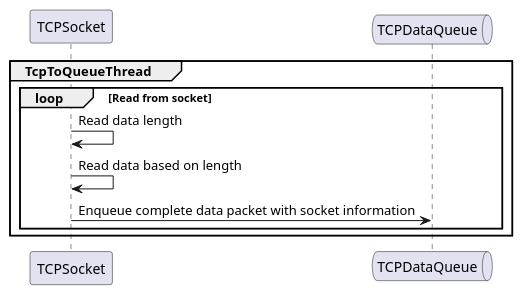
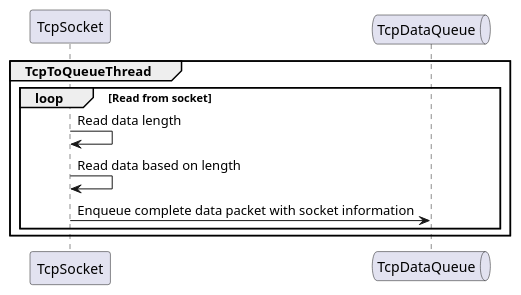
One commit to xiguichen/tcpudp changed the second of 6 diagrams in doc/server.md. Above: the diagram before and after it, drawn with PlantUML. The commit also changed other lines of this file and 17 other files, not shown here.

```diff
--- a/doc/server.md
+++ b/doc/server.md
@@ -37,14 +37,14 @@
 @startuml
 
-participant TCPSocket
-queue TCPDataQueue
+participant TcpSocket
+queue TcpDataQueue
 
 group TcpToQueueThread
     loop Read from socket
-        TCPSocket -> TCPSocket: Read data length
-        TCPSocket -> TCPSocket: Read data based on length
-        TCPSocket -> TCPDataQueue: Enqueue complete data packet with socket information
+        TcpSocket -> TcpSocket: Read data length
+        TcpSocket -> TcpSocket: Read data based on length
+        TcpSocket -> TcpDataQueue: Enqueue complete data packet with socket information
     end
 end
 
 @enduml
```
